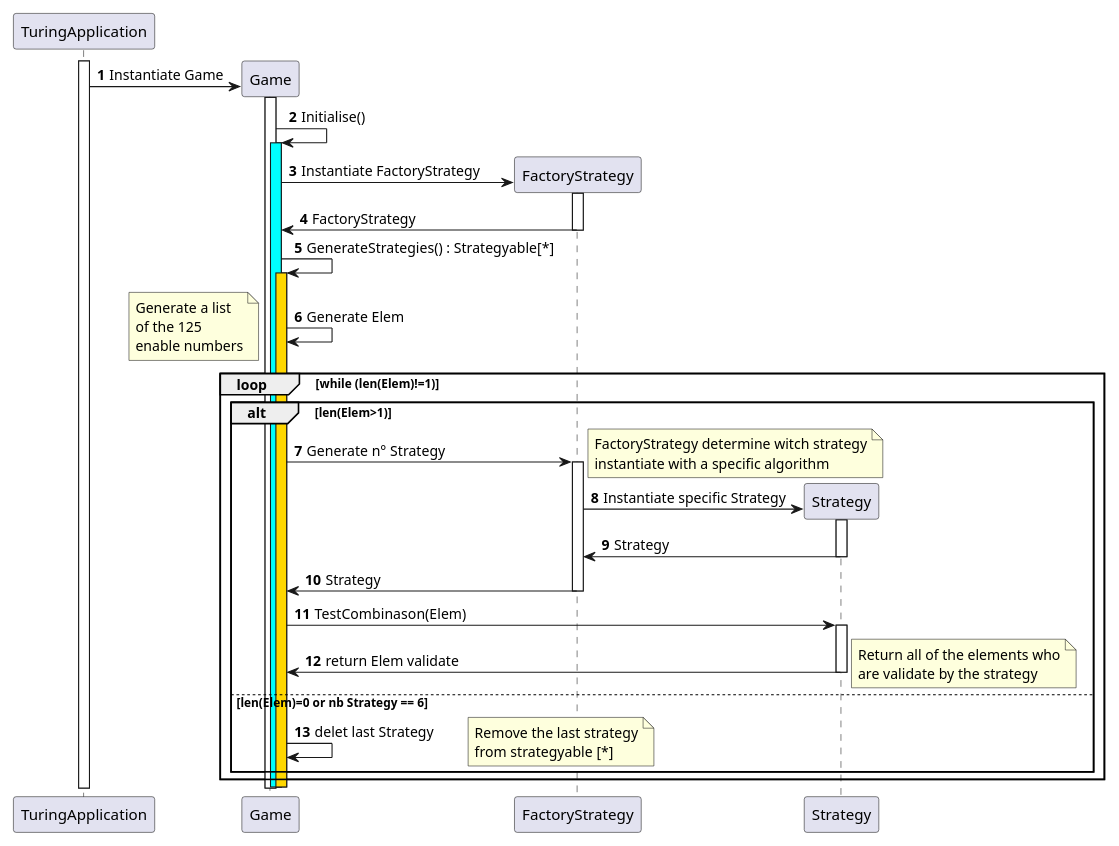
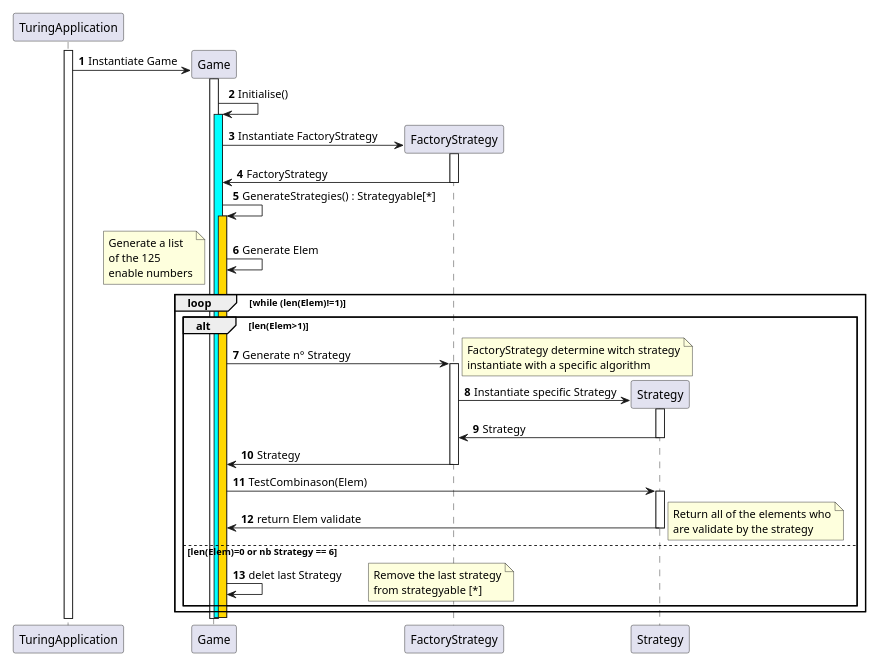
Before and after one commit to Earth-Wind-and-Fire/AP4B_Report: the diagram in Writerside/topics/Initialisation-de-la-partie.md, drawn with PlantUML. The commit also changed 3 other files, not shown here.

```diff
--- a/Writerside/topics/Initialisation-de-la-partie.md
+++ b/Writerside/topics/Initialisation-de-la-partie.md
@@ -17,7 +17,7 @@
 @startuml
 'https://plantuml.com/sequence-diagram
 
-scale 0.8
+scale 0.625
 
 autonumber
 
```
